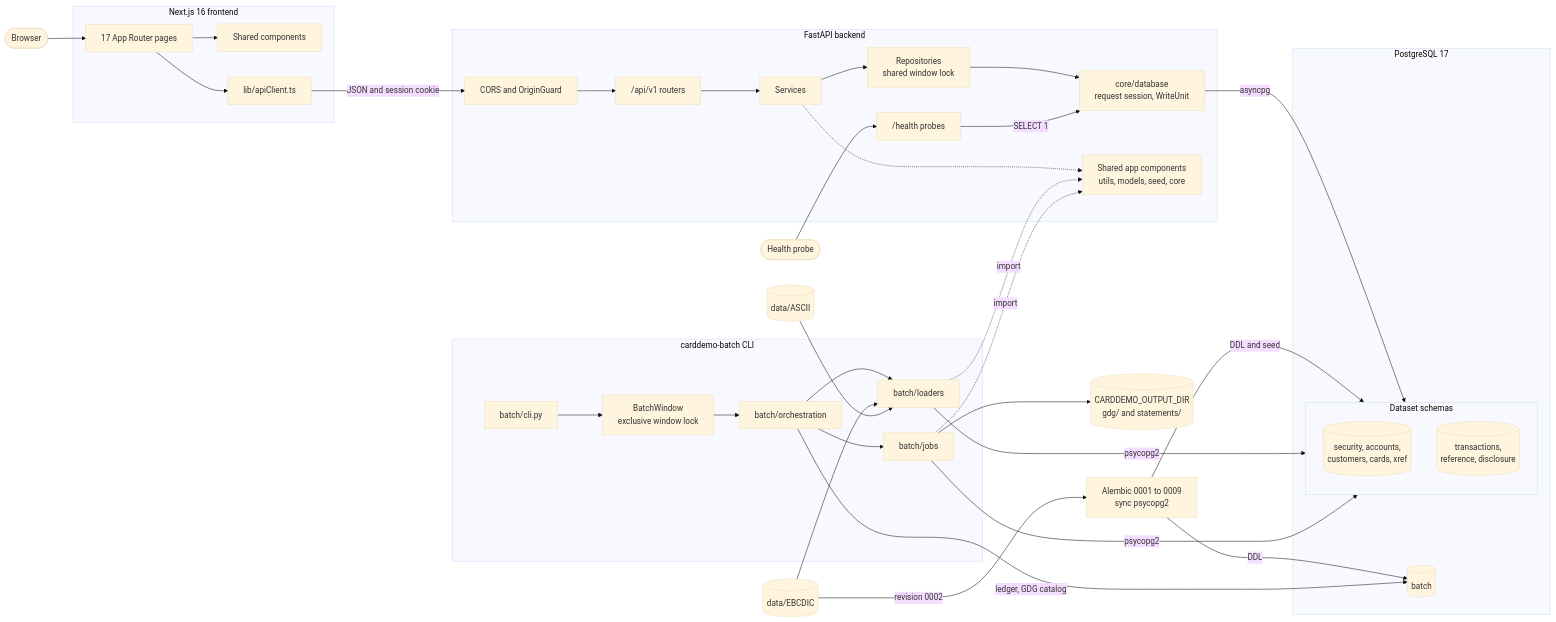
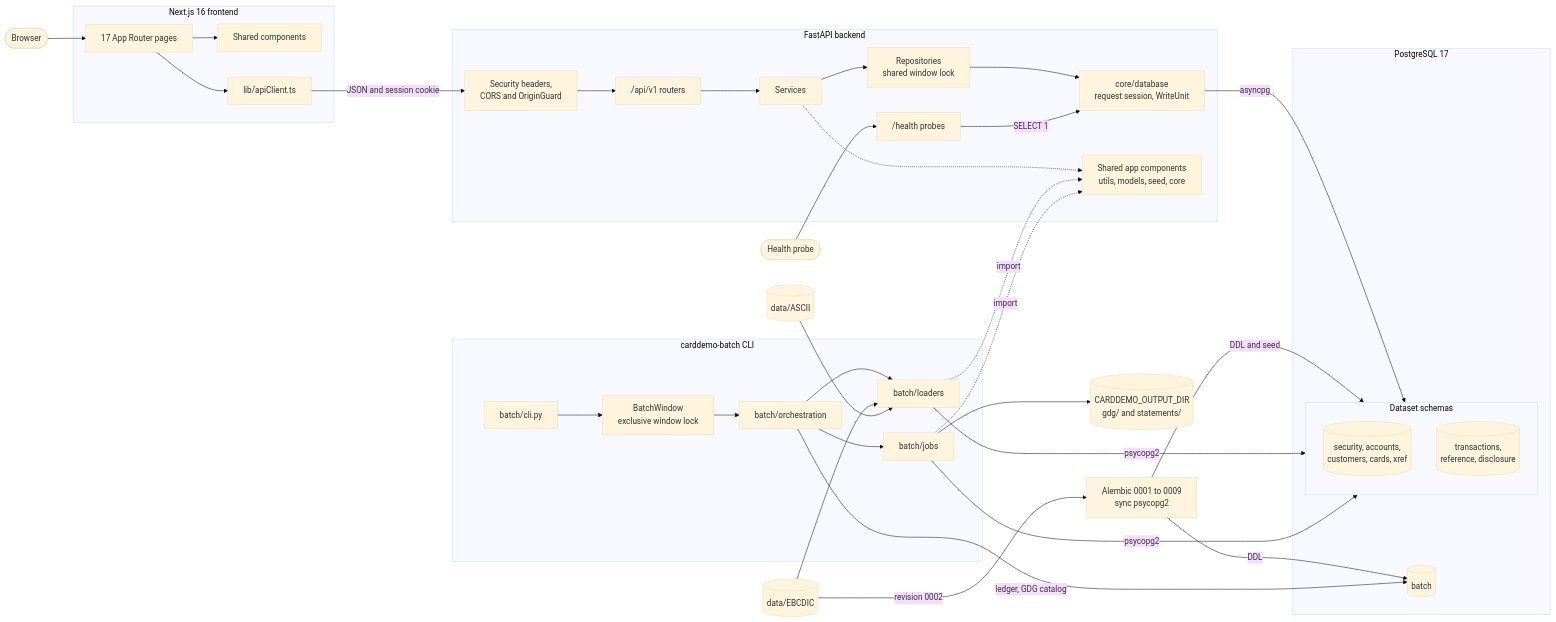
One commit to manojggit/Blitzy-Workspace changed the diagram in docs/architecture.md. Above: the diagram before and after it, drawn with Mermaid (base theme). The commit also changed other lines of this file and 65 other files, not shown here.

````diff
--- a/docs/architecture.md
+++ b/docs/architecture.md
@@ -219,66 +221,66 @@
 ```mermaid
 flowchart LR
     browser(["Browser"])
     probe(["Health probe"])
     subgraph frontendLayer ["Next.js 16 frontend"]
         pages["17 App Router pages"]
         uiShared["Shared components"]
         apiClient["lib/apiClient.ts"]
     end
     subgraph backendLayer ["FastAPI backend"]
-        guard["CORS and OriginGuard"]
+        guard["Security headers,<br/>CORS and OriginGuard"]
         healthRoutes["/health probes"]
         routers["/api/v1 routers"]
         services["Services"]
         repositories["Repositories<br/>shared window lock"]
         sessionUnits["core/database<br/>request session, WriteUnit"]
         appShared["Shared app components<br/>utils, models, seed, core"]
     end
     subgraph postgres ["PostgreSQL 17"]
         subgraph datasetSchemas ["Dataset schemas"]
             direction TB
             onlineSchemas[("security, accounts,<br/>customers, cards, xref")]
             activitySchemas[("transactions,<br/>reference, disclosure")]
         end
         batchDb[("batch")]
     end
     subgraph batchLayer ["carddemo-batch CLI"]
         cli["batch/cli.py"]
         batchWindow["BatchWindow<br/>exclusive window lock"]
         chain["batch/orchestration"]
         loaders["batch/loaders"]
         jobs["batch/jobs"]
     end
     alembic["Alembic 0001 to 0009<br/>sync psycopg2"]
     ebcdicImages[("data/EBCDIC")]
     asciiImages[("data/ASCII")]
     outputDir[("CARDDEMO_OUTPUT_DIR<br/>gdg/ and statements/")]
 
     browser --> pages
     pages --> uiShared
     pages --> apiClient
     apiClient -->|"JSON and session cookie"| guard
     guard --> routers
     routers --> services
     services --> repositories
     repositories --> sessionUnits
     sessionUnits -->|"asyncpg"| datasetSchemas
     probe --> healthRoutes
     healthRoutes -->|"SELECT 1"| sessionUnits
     services -.-> appShared
     ebcdicImages -->|"revision 0002"| alembic
     alembic -->|"DDL and seed"| datasetSchemas
     alembic -->|"DDL"| batchDb
     cli --> batchWindow
     batchWindow --> chain
     chain --> loaders
     chain --> jobs
     chain -->|"ledger, GDG catalog"| batchDb
     ebcdicImages --> loaders
     asciiImages --> loaders
     loaders -->|"psycopg2"| datasetSchemas
     jobs -->|"psycopg2"| datasetSchemas
     jobs --> outputDir
     loaders -.->|"import"| appShared
     jobs -.->|"import"| appShared
 ```
````
